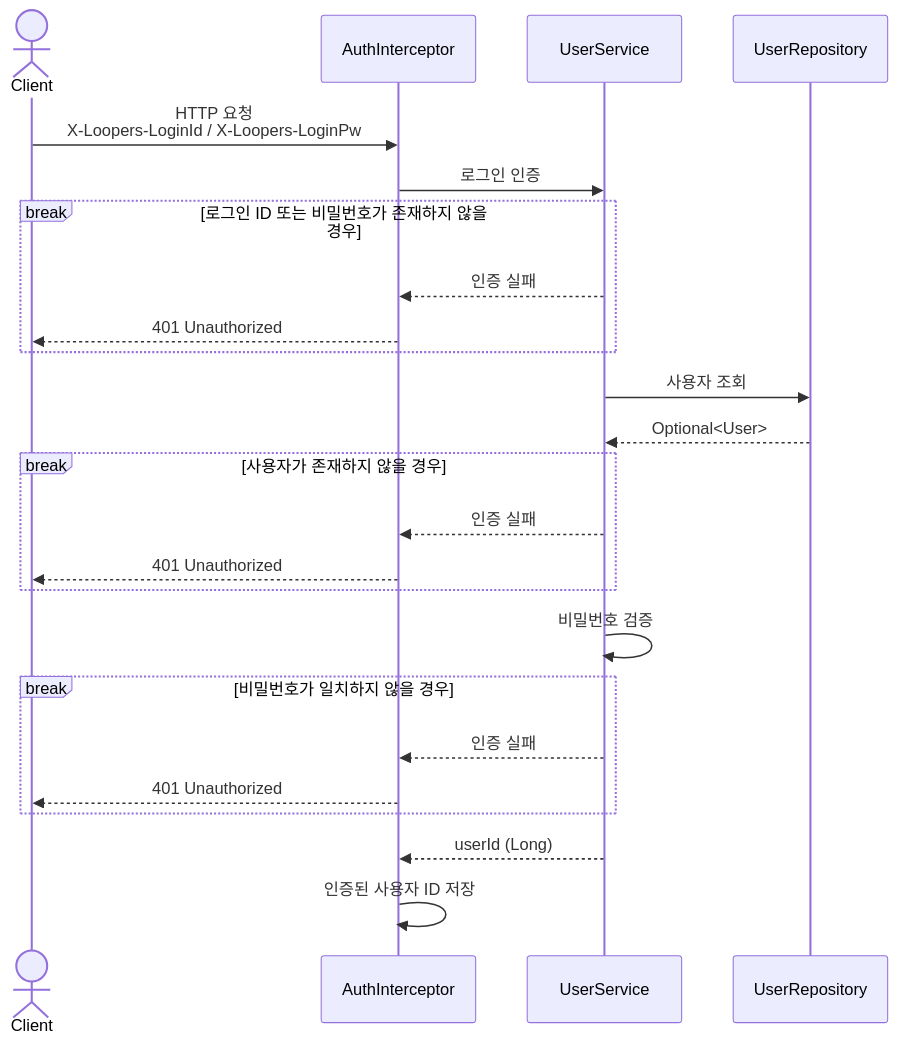
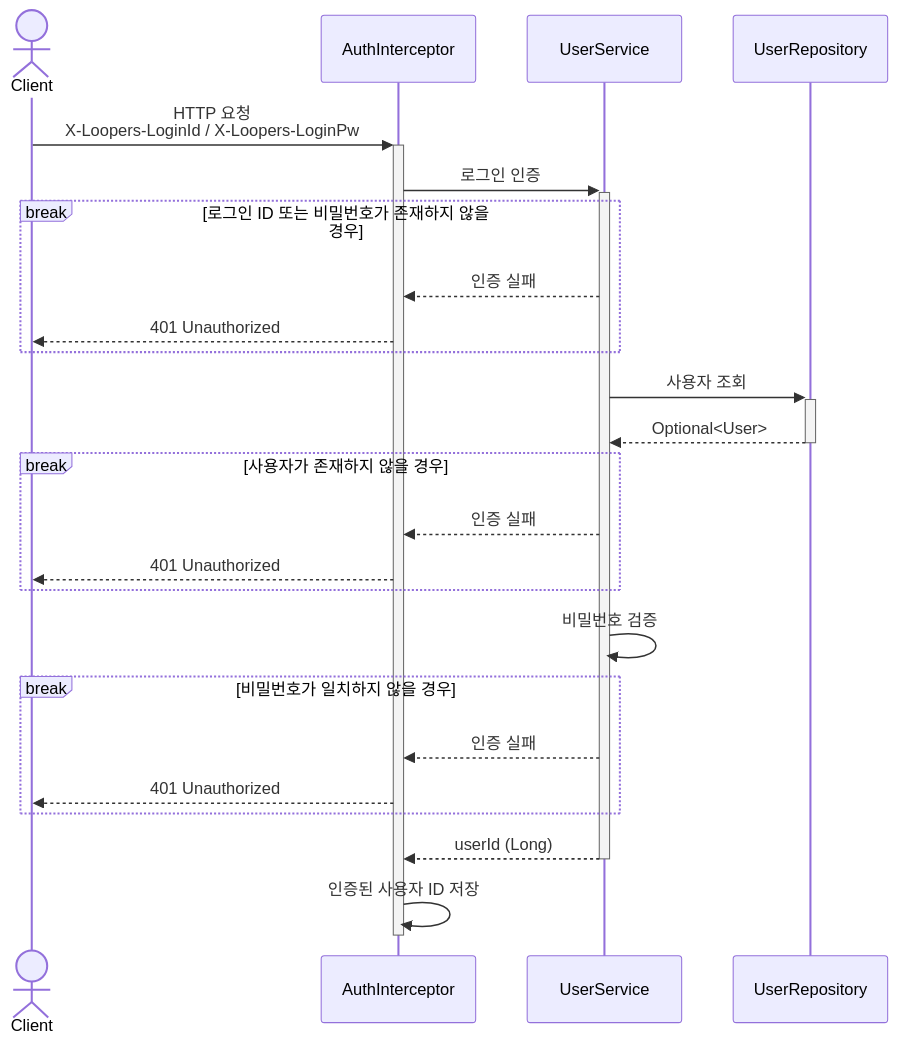
One commit to Loopers-dev-lab/loop-pack-be-l2-vol3-java changed the first of 23 diagrams in .docs/design/02-sequence-diagrams.md. Above: the diagram before and after it, drawn with Mermaid. The commit also changed other lines of this file, not shown here.

Commit message:
docs: 시퀀스 다이어그램에 액티베이션바 추가

````diff
--- a/.docs/design/02-sequence-diagrams.md
+++ b/.docs/design/02-sequence-diagrams.md
@@ -73,34 +74,35 @@
 ```mermaid
 sequenceDiagram
     actor Client
     participant AuthInterceptor
     participant UserService
     participant UserRepository
 
-    Client ->> AuthInterceptor: HTTP 요청<br/>X-Loopers-LoginId / X-Loopers-LoginPw
+    Client ->>+ AuthInterceptor: HTTP 요청<br/>X-Loopers-LoginId / X-Loopers-LoginPw
 
-    AuthInterceptor ->> UserService: 로그인 인증
+    AuthInterceptor ->>+ UserService: 로그인 인증
 
     break 로그인 ID 또는 비밀번호가 존재하지 않을 경우
         UserService -->> AuthInterceptor: 인증 실패
         AuthInterceptor -->> Client: 401 Unauthorized
     end
 
-    UserService ->> UserRepository: 사용자 조회
-    UserRepository -->> UserService: Optional<User>
+    UserService ->>+ UserRepository: 사용자 조회
+    UserRepository -->>- UserService: Optional<User>
 
     break 사용자가 존재하지 않을 경우
         UserService -->> AuthInterceptor: 인증 실패
         AuthInterceptor -->> Client: 401 Unauthorized
     end
 
     UserService ->> UserService: 비밀번호 검증
 
     break 비밀번호가 일치하지 않을 경우
         UserService -->> AuthInterceptor: 인증 실패
         AuthInterceptor -->> Client: 401 Unauthorized
     end
 
-    UserService -->> AuthInterceptor: userId (Long)
+    UserService -->>- AuthInterceptor: userId (Long)
     AuthInterceptor ->> AuthInterceptor: 인증된 사용자 ID 저장
+    deactivate AuthInterceptor
 ```
````
